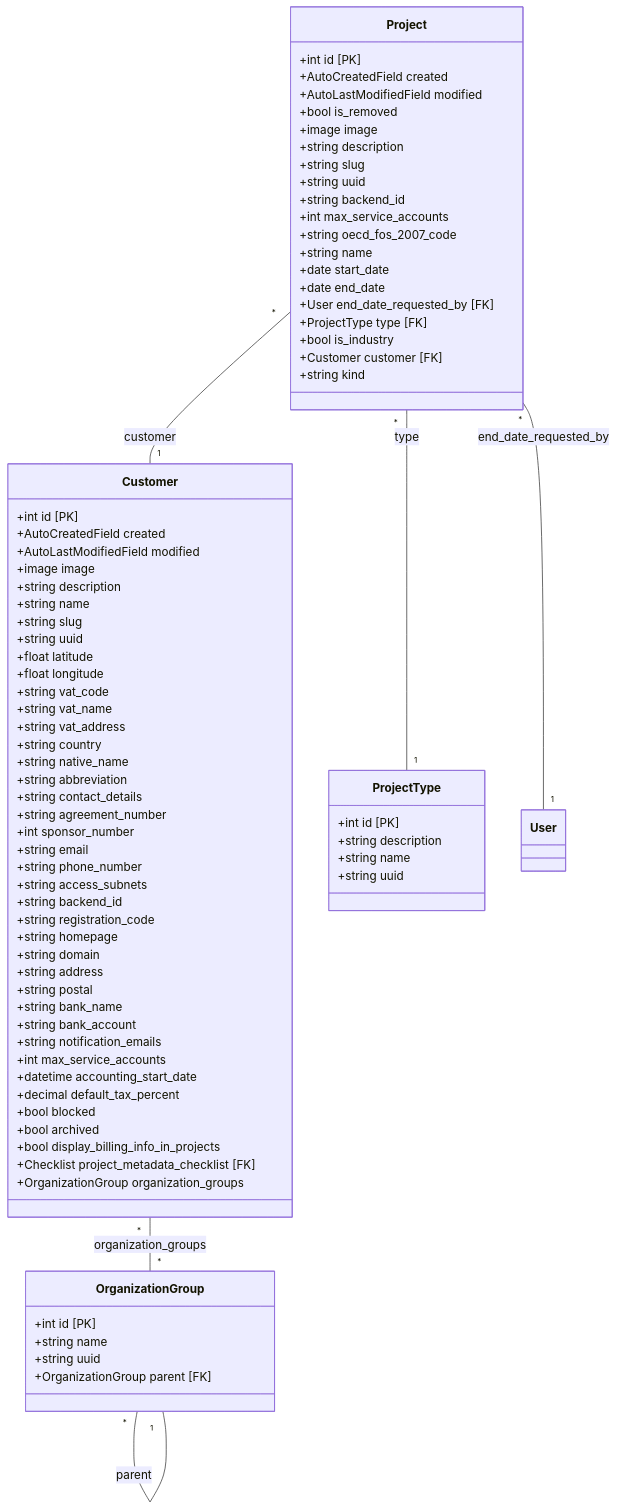
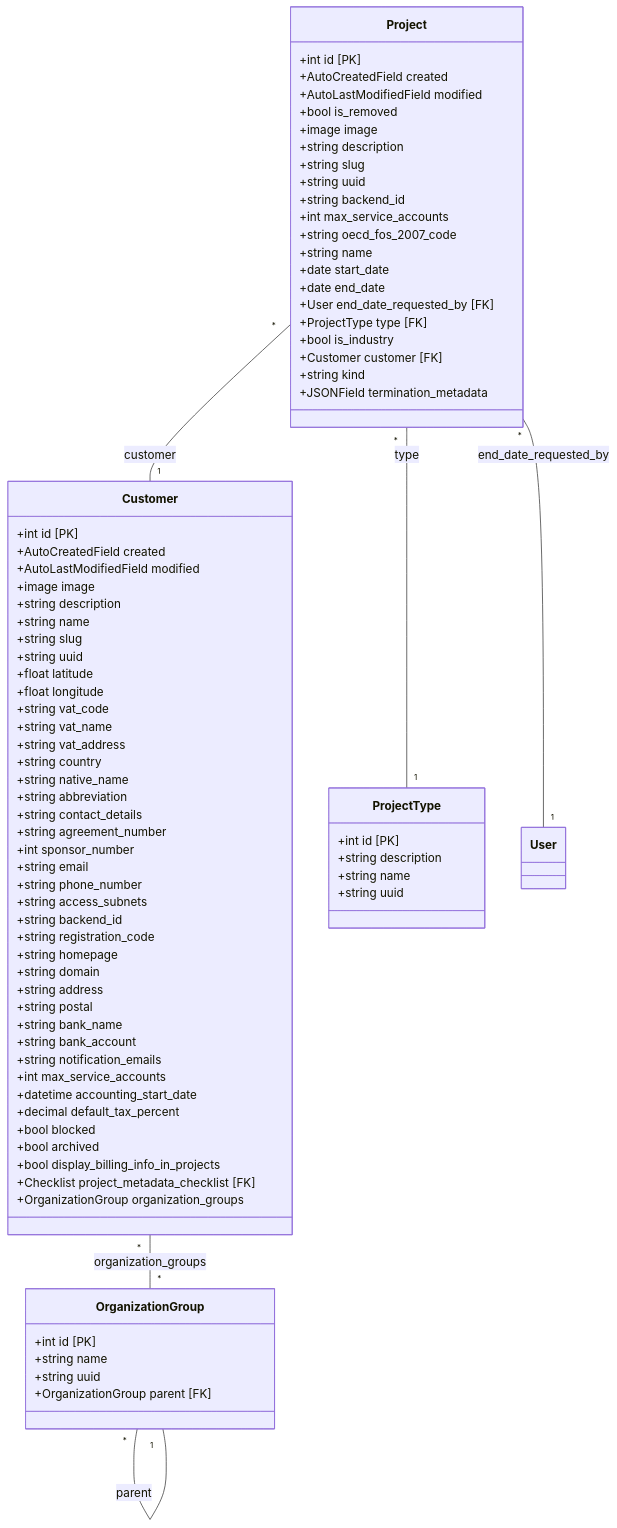
One commit to waldur/waldur-docs changed the diagram in docs/developer-guide/core_structure.mmd. Above: the diagram before and after it, drawn with Mermaid. The commit also changed 4 other files, not shown here.

```diff
--- a/docs/developer-guide/core_structure.mmd
+++ b/docs/developer-guide/core_structure.mmd
@@ -1,81 +1,82 @@
 classDiagram
     direction TB
     class OrganizationGroup {
         +int id [PK]
         +string name
         +string uuid
         +OrganizationGroup parent [FK]
     }
     class Customer {
         +int id [PK]
         +AutoCreatedField created
         +AutoLastModifiedField modified
         +image image
         +string description
         +string name
         +string slug
         +string uuid
         +float latitude
         +float longitude
         +string vat_code
         +string vat_name
         +string vat_address
         +string country
         +string native_name
         +string abbreviation
         +string contact_details
         +string agreement_number
         +int sponsor_number
         +string email
         +string phone_number
         +string access_subnets
         +string backend_id
         +string registration_code
         +string homepage
         +string domain
         +string address
         +string postal
         +string bank_name
         +string bank_account
         +string notification_emails
         +int max_service_accounts
         +datetime accounting_start_date
         +decimal default_tax_percent
         +bool blocked
         +bool archived
         +bool display_billing_info_in_projects
         +Checklist project_metadata_checklist [FK]
         +OrganizationGroup organization_groups
     }
     class ProjectType {
         +int id [PK]
         +string description
         +string name
         +string uuid
     }
     class Project {
         +int id [PK]
         +AutoCreatedField created
         +AutoLastModifiedField modified
         +bool is_removed
         +image image
         +string description
         +string slug
         +string uuid
         +string backend_id
         +int max_service_accounts
         +string oecd_fos_2007_code
         +string name
         +date start_date
         +date end_date
         +User end_date_requested_by [FK]
         +ProjectType type [FK]
         +bool is_industry
         +Customer customer [FK]
         +string kind
+        +JSONField termination_metadata
     }
     Customer "*" -- "*" OrganizationGroup : organization_groups
     OrganizationGroup "*" -- "1" OrganizationGroup : parent
     Project "*" -- "1" Customer : customer
     Project "*" -- "1" ProjectType : type
     Project "*" -- "1" User : end_date_requested_by
```
